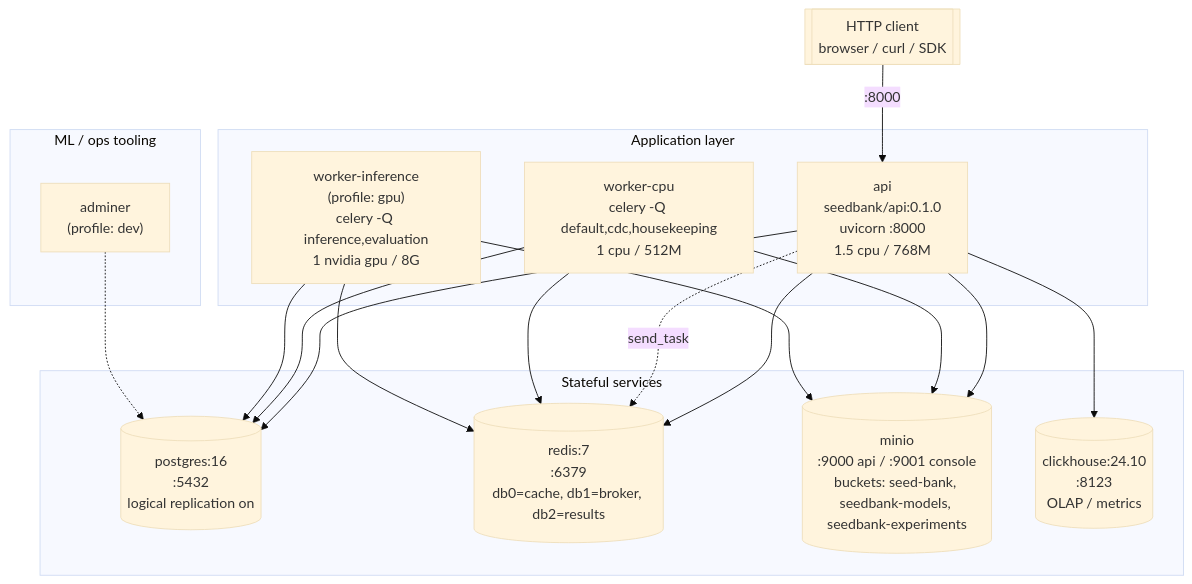
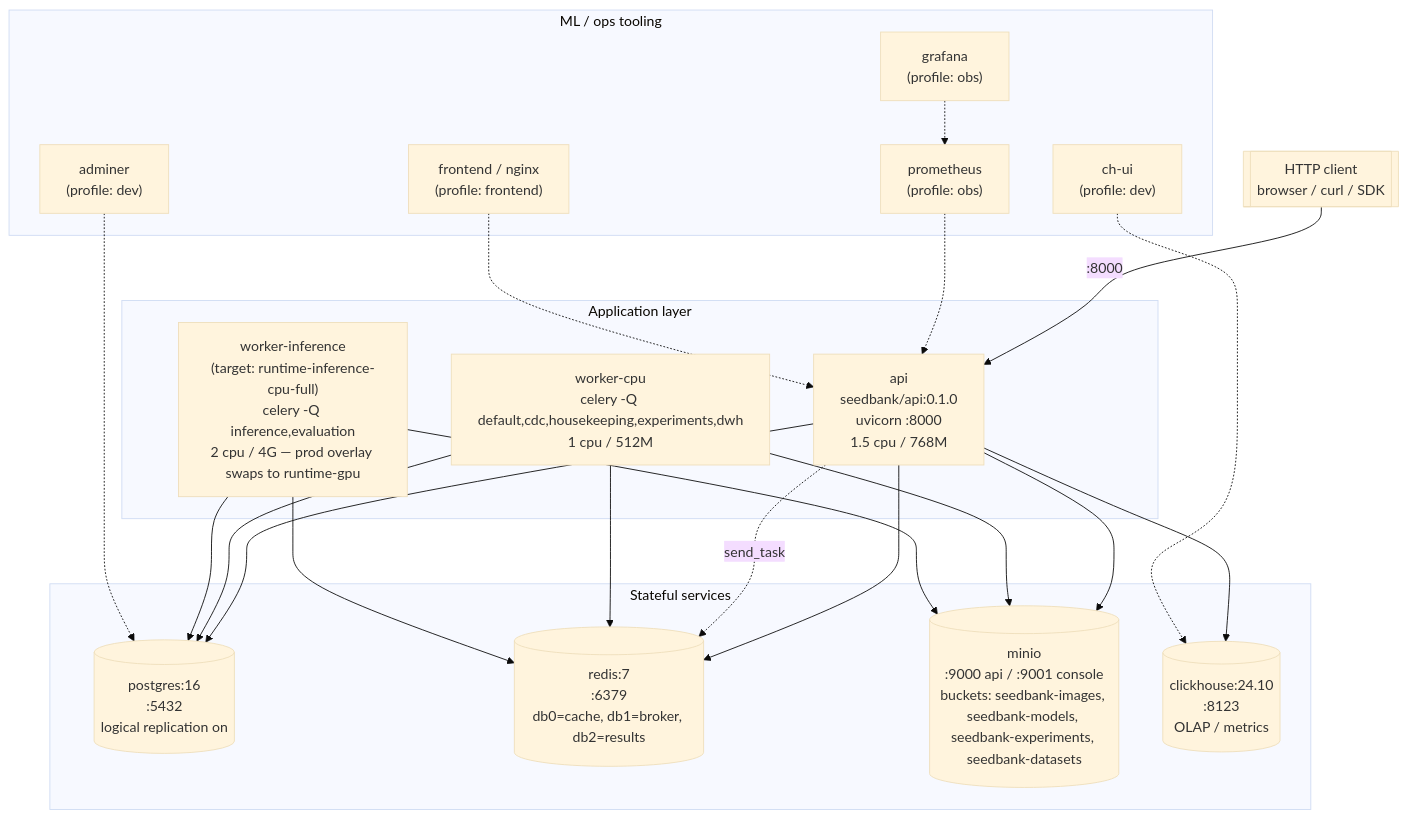
One commit to RealOrangeKun/seed-bank changed the diagram in docs/diagrams/02-containers.md. Above: the diagram before and after it, drawn with Mermaid (base theme). The commit also changed other lines of this file and 18 other files, not shown here.

````diff
--- a/docs/diagrams/02-containers.md
+++ b/docs/diagrams/02-containers.md
@@ -9,39 +9,47 @@
 ```mermaid
 flowchart TB
     Client[[HTTP client<br/>browser / curl / SDK]]
 
     subgraph App["Application layer"]
         API["api<br/>seedbank/api:0.1.0<br/>uvicorn :8000<br/>1.5 cpu / 768M"]
-        WCPU["worker-cpu<br/>celery -Q default,cdc,housekeeping<br/>1 cpu / 512M"]
-        WGPU["worker-inference<br/>(profile: gpu)<br/>celery -Q inference,evaluation<br/>1 nvidia gpu / 8G"]
+        WCPU["worker-cpu<br/>celery -Q default,cdc,housekeeping,experiments,dwh<br/>1 cpu / 512M"]
+        WINF["worker-inference<br/>(target: runtime-inference-cpu-full)<br/>celery -Q inference,evaluation<br/>2 cpu / 4G — prod overlay swaps to runtime-gpu"]
     end
 
     subgraph Data["Stateful services"]
         PG[(postgres:16<br/>:5432<br/>logical replication on)]
         RD[(redis:7<br/>:6379<br/>db0=cache, db1=broker, db2=results)]
-        MIN[(minio<br/>:9000 api / :9001 console<br/>buckets: seed-bank, seedbank-models, seedbank-experiments)]
+        MIN[(minio<br/>:9000 api / :9001 console<br/>buckets: seedbank-images, seedbank-models, seedbank-experiments, seedbank-datasets)]
         CH[(clickhouse:24.10<br/>:8123<br/>OLAP / metrics)]
     end
 
     subgraph Tooling["ML / ops tooling"]
         ADM["adminer<br/>(profile: dev)"]
+        CHUI["ch-ui<br/>(profile: dev)"]
+        PROM["prometheus<br/>(profile: obs)"]
+        GRAF["grafana<br/>(profile: obs)"]
+        FE["frontend / nginx<br/>(profile: frontend)"]
     end
 
     Client -->|":8000"| API
 
     API --> PG
     API --> RD
     API --> MIN
     API --> CH
     API -. "send_task" .-> RD
 
     WCPU --> PG
     WCPU --> RD
     WCPU --> MIN
 
-    WGPU --> PG
-    WGPU --> RD
-    WGPU --> MIN
+    WINF --> PG
+    WINF --> RD
+    WINF --> MIN
 
     ADM -.-> PG
+    CHUI -.-> CH
+    PROM -.-> API
+    GRAF -.-> PROM
+    FE -.-> API
 ```
````
